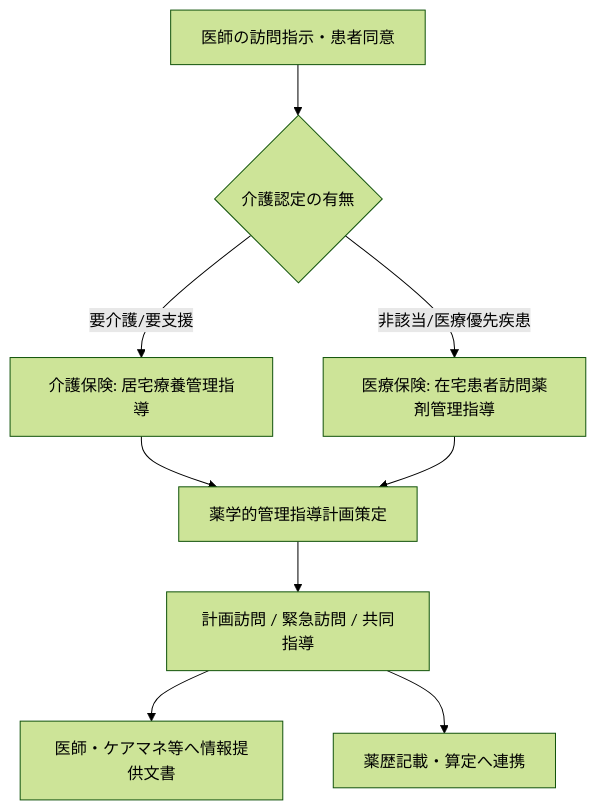
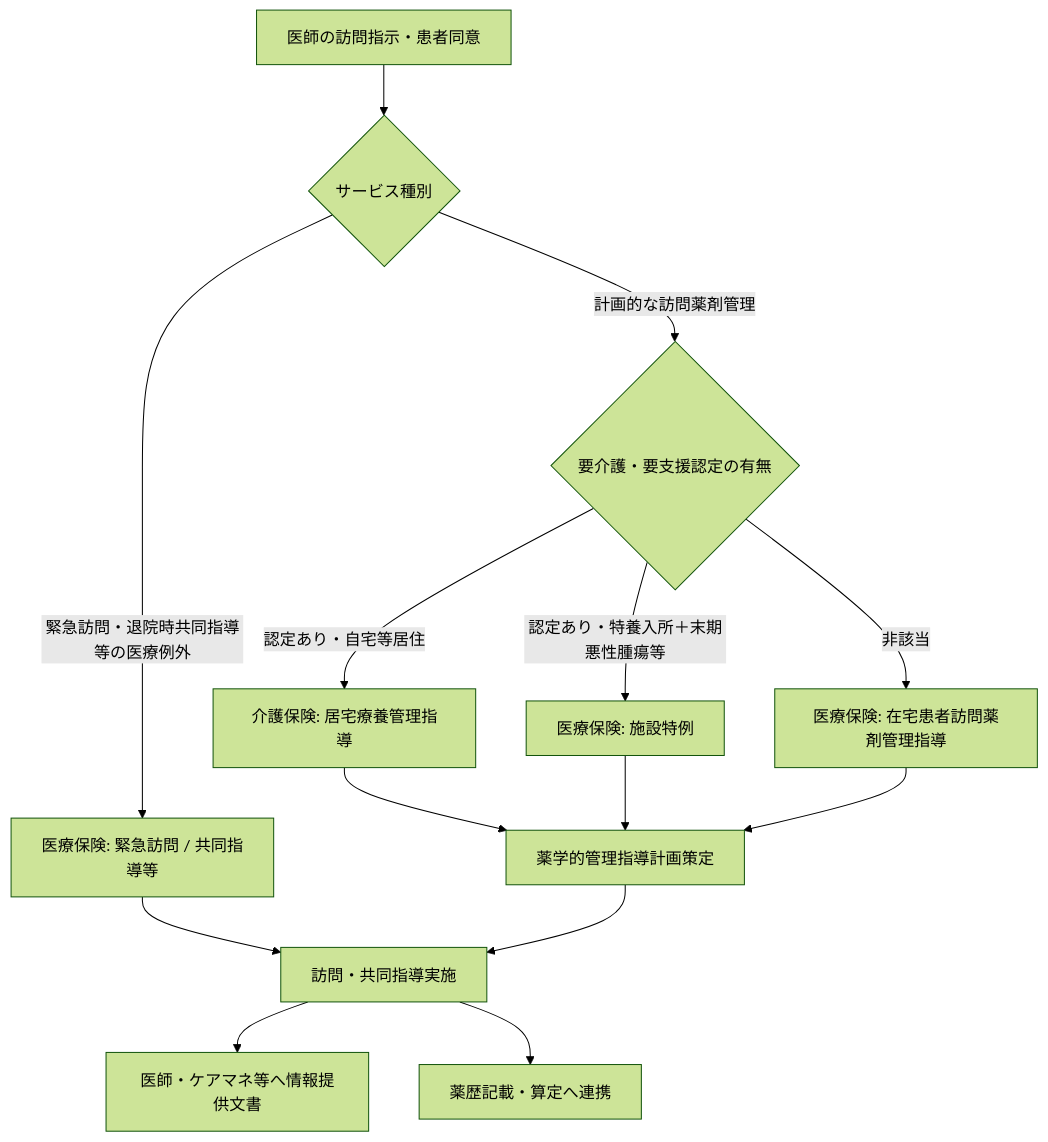
Before and after one commit to SatohaCC/pharmacy-domain: the diagram in docs/pharmacy/06-home-care/home-care.md, drawn with Mermaid (forest theme). The commit also changed other lines of this file and 5 other files, not shown here.

````diff
--- a/docs/pharmacy/06-home-care/home-care.md
+++ b/docs/pharmacy/06-home-care/home-care.md
@@ -10,11 +12,16 @@
 ```mermaid
 flowchart TD
-    REQ[医師の訪問指示・患者同意] --> INS{介護認定の有無}
-    INS -->|要介護/要支援| CARE[介護保険: 居宅療養管理指導]
-    INS -->|非該当/医療優先疾患| MED[医療保険: 在宅患者訪問薬剤管理指導]
+    REQ[医師の訪問指示・患者同意] --> SVC{サービス種別}
+    SVC -->|計画的な訪問薬剤管理| INS{要介護・要支援認定の有無}
+    SVC -->|緊急訪問・退院時共同指導等の医療例外| MED[医療保険: 緊急訪問 / 共同指導等]
+    INS -->|認定あり・自宅等居住| CARE[介護保険: 居宅療養管理指導]
+    INS -->|認定あり・特養入所＋末期悪性腫瘍等| MED_SP[医療保険: 施設特例]
+    INS -->|非該当| MED_PLAN[医療保険: 在宅患者訪問薬剤管理指導]
     CARE --> PLAN[薬学的管理指導計画策定]
-    MED --> PLAN
-    PLAN --> VIS[計画訪問 / 緊急訪問 / 共同指導]
+    MED_SP --> PLAN
+    MED_PLAN --> PLAN
+    MED --> VIS[訪問・共同指導実施]
+    PLAN --> VIS
     VIS --> REP[医師・ケアマネ等へ情報提供文書]
     VIS --> REC[薬歴記載・算定へ連携]
 ```
````
